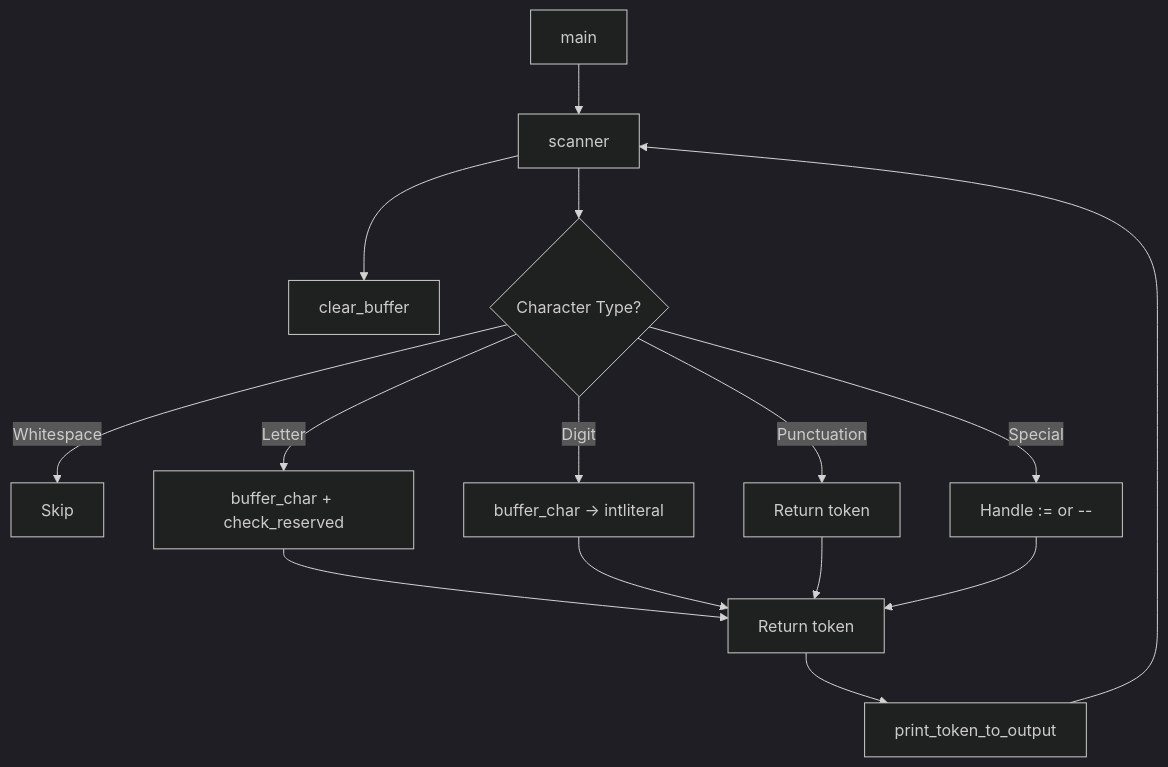
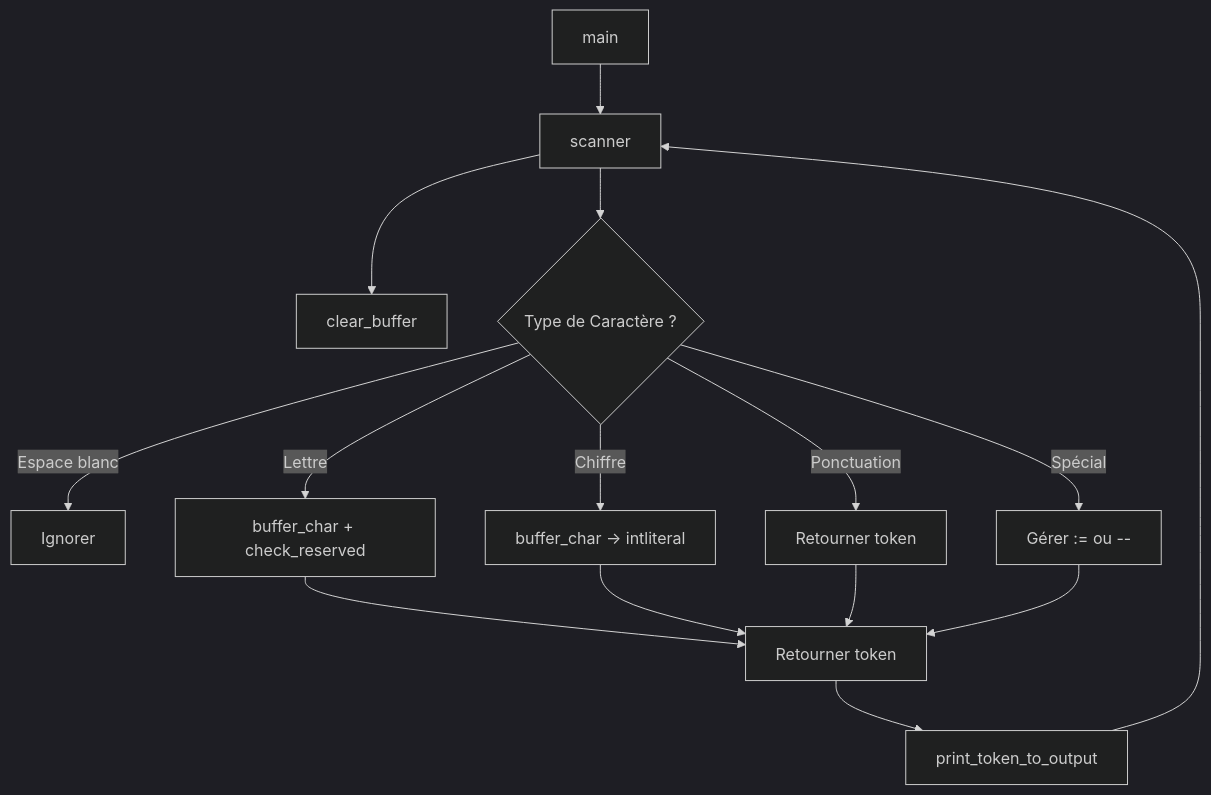
Before and after one commit to Saad-programmer/Compilation-TP1: the second of 3 diagrams in README.md, drawn with Mermaid (dark theme). The commit also changed other lines of this file, not shown here.

````diff
--- a/README.md
+++ b/README.md
@@ -184,17 +184,17 @@
 ```mermaid
 flowchart TD
     A[main] --> B[scanner]
     B --> C[clear_buffer]
-    B --> D{Character Type?}
-    D -->|Whitespace| E[Skip]
-    D -->|Letter| F[buffer_char + check_reserved]
-    D -->|Digit| G[buffer_char → intliteral]
-    D -->|Punctuation| H[Return token]
-    D -->|Special| I[Handle := or --]
-    F --> J[Return token]
+    B --> D{Type de Caractère ?}
+    D -->|Espace blanc| E[Ignorer]
+    D -->|Lettre| F[buffer_char + check_reserved]
+    D -->|Chiffre| G[buffer_char → intliteral]
+    D -->|Ponctuation| H[Retourner token]
+    D -->|Spécial| I[Gérer := ou --]
+    F --> J[Retourner token]
     G --> J
     H --> J
     I --> J
     J --> K[print_token_to_output]
     K --> B
 ```
````
